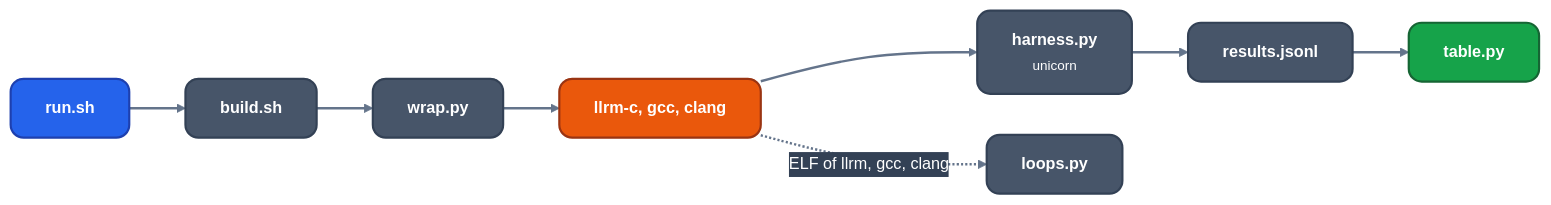
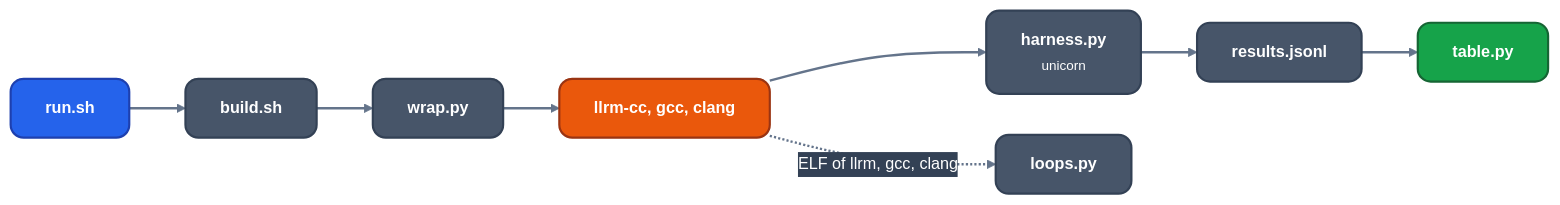
Before and after one commit to ali-mosavian/llrm: the diagram in crates/target/llrm-x86-m32/vsgcc/readme.md, drawn with Mermaid. The commit also changed other lines of this file and 411 other files, not shown here.

````diff
--- a/crates/target/llrm-x86-m32/vsgcc/readme.md
+++ b/crates/target/llrm-x86-m32/vsgcc/readme.md
@@ -26,24 +26,24 @@
 ```mermaid
 %%{init: {'theme':'base','themeVariables':{'fontFamily':'Segoe UI, Helvetica Neue, Arial, DejaVu Sans, sans-serif','fontSize':'15px','primaryColor':'#475569','primaryTextColor':'#ffffff','primaryBorderColor':'#334155','lineColor':'#64748b','secondaryColor':'#475569','tertiaryColor':'transparent','clusterBkg':'transparent','clusterBorder':'#64748b','edgeLabelBackground':'#334155','textColor':'#64748b','titleColor':'#64748b'},'flowchart':{'curve':'basis','nodeSpacing':38,'rankSpacing':52,'padding':16,'wrappingWidth':360,'htmlLabels':true,'useMaxWidth':true}}}%%
 flowchart LR
   classDef src fill:#2563eb,stroke:#1e40af,stroke-width:2px,color:#ffffff,rx:12px,ry:12px
   classDef mid fill:#475569,stroke:#334155,stroke-width:2px,color:#ffffff,rx:12px,ry:12px
   classDef opt fill:#ea580c,stroke:#9a3412,stroke-width:2px,color:#ffffff,rx:12px,ry:12px
   classDef out fill:#16a34a,stroke:#166534,stroke-width:2px,color:#ffffff,rx:12px,ry:12px
   linkStyle default stroke:#64748b,stroke-width:2.2px
   run["<b>run.sh</b>"]:::src
   build["<b>build.sh</b>"]:::mid
   wrap["<b>wrap.py</b>"]:::mid
-  comp["<b>llrm-c, gcc, clang</b>"]:::opt
+  comp["<b>llrm-cc, gcc, clang</b>"]:::opt
   har["<b>harness.py</b><br/><small>unicorn</small>"]:::mid
   res["<b>results.jsonl</b>"]:::mid
   tab["<b>table.py</b>"]:::out
   loops["<b>loops.py</b>"]:::mid
   run --> build
   build --> wrap
   wrap --> comp
   comp --> har
   har --> res
   res --> tab
   comp -.->|"ELF of llrm, gcc, clang"| loops
 ```
````
